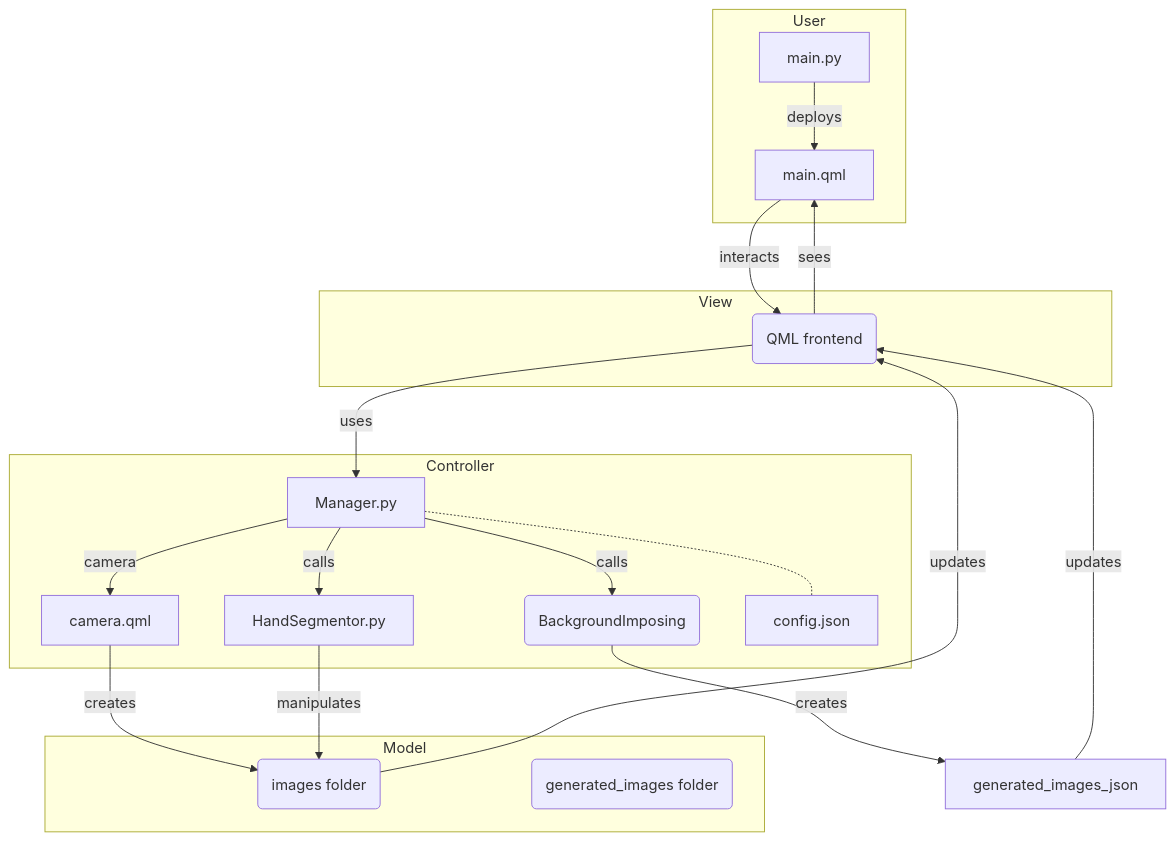
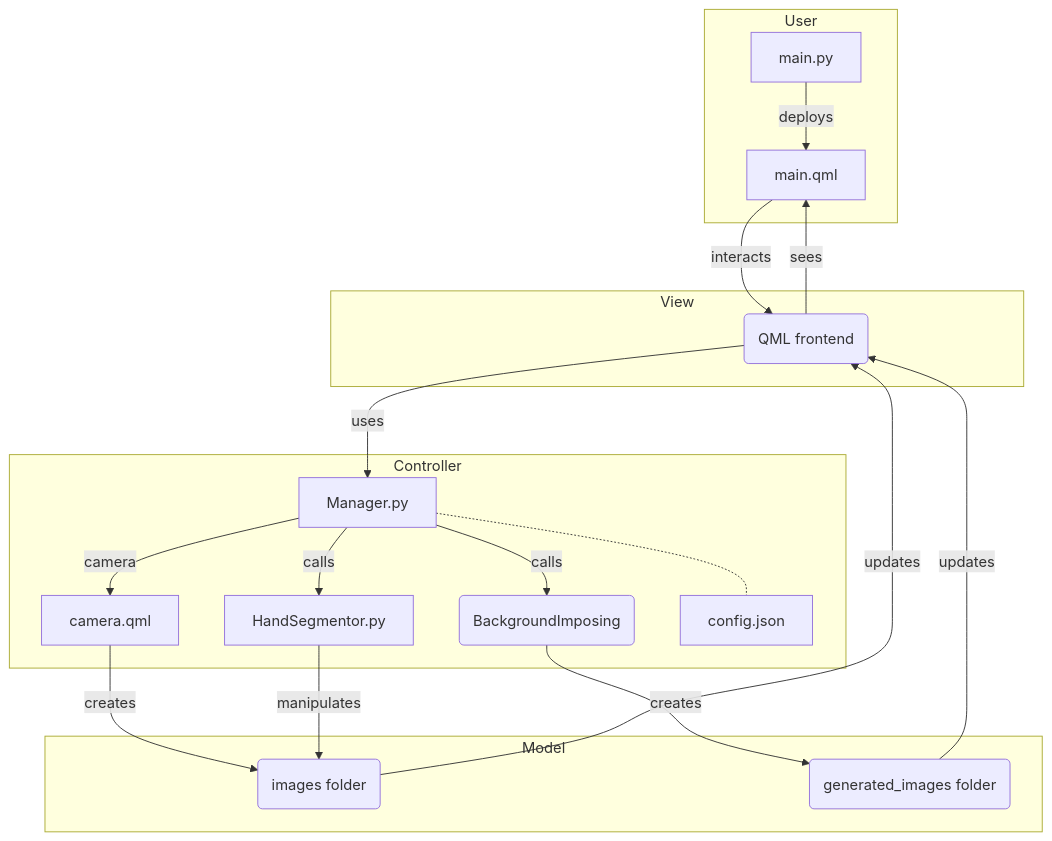
The diagram in README.md (ISPlatonov/Dataset-generation), drawn with Mermaid before and after one commit.

Commit message:
hotfix: README.md

````diff
--- a/README.md
+++ b/README.md
@@ -29,30 +29,30 @@
 ```mermaid
 graph TB
     
     subgraph User
         user[main.py] --deploys--> main[main.qml]
     end
     subgraph View
         view(QML frontend)
     end
     subgraph Model
         images(images folder)
         generated_images(generated_images folder)
     end
     subgraph Controller
         Mngr[Manager.py]
         Mngr --calls--> HS[HandSegmentor.py]
         Mngr --calls--> BI(BackgroundImposing)
         Mngr --camera--> Cam[camera.qml]
         Mngr -.- Cfg[config.json]
     end
     
     main --interacts--> view
     view --uses--> Mngr
     Cam --creates--> images
-    BI --creates--> generated_images_json
+    BI --creates--> generated_images
     HS --manipulates--> images
     images --updates--> view
-    generated_images_json --updates--> view
+    generated_images --updates--> view
     view --sees--> main
 ```
````
